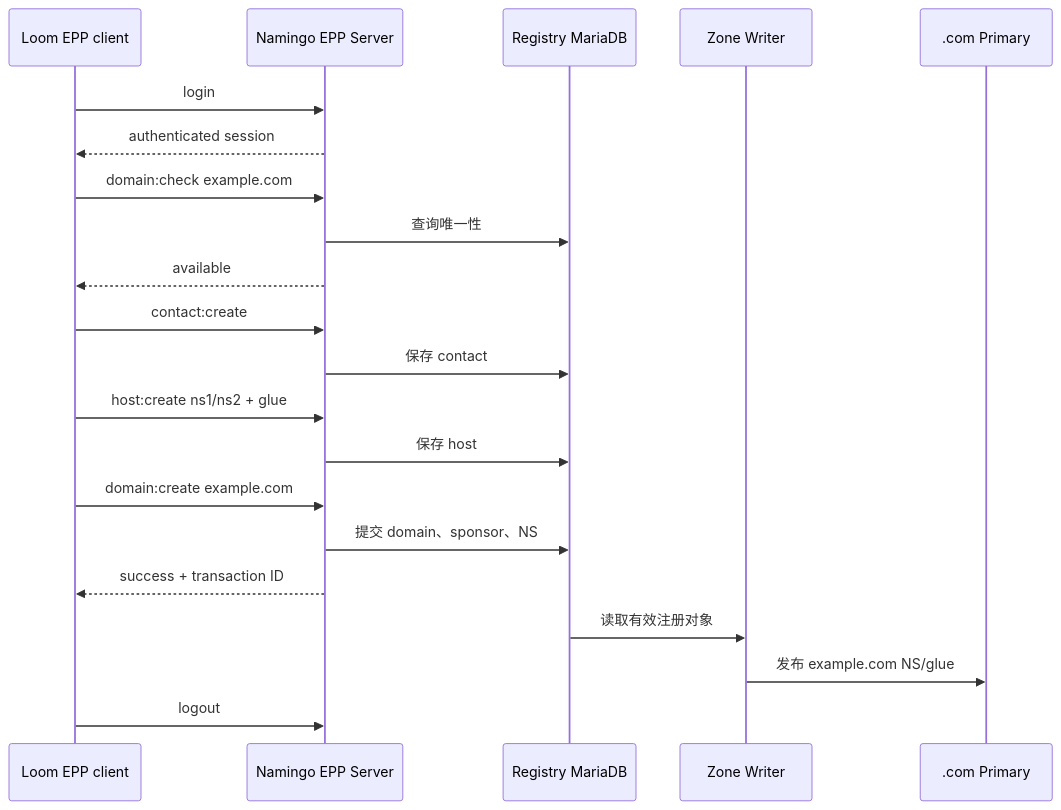
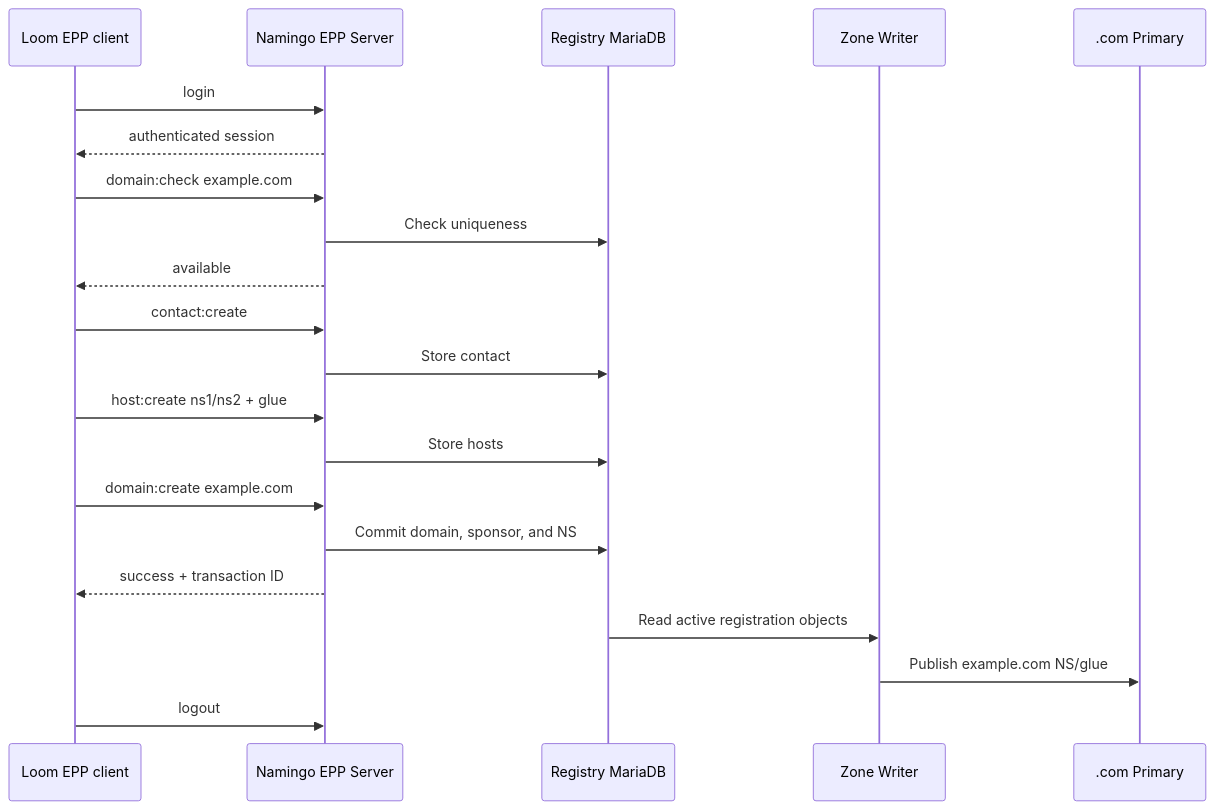
Before and after one commit to hhy123415/seedemu-agent-tools: the second of 3 diagrams in tool-service/seedemu_tool_service/tools/dns/docs/NamingoRegistry.md, drawn with Mermaid. The commit also changed other lines of this file and 4 other files, not shown here.

````diff
--- a/tool-service/seedemu_tool_service/tools/dns/docs/NamingoRegistry.md
+++ b/tool-service/seedemu_tool_service/tools/dns/docs/NamingoRegistry.md
@@ -38,24 +36,24 @@
 ```mermaid
 sequenceDiagram
     participant L as Loom EPP client
     participant E as Namingo EPP Server
     participant D as Registry MariaDB
     participant Z as Zone Writer
     participant P as .com Primary
 
     L->>E: login
     E-->>L: authenticated session
     L->>E: domain:check example.com
-    E->>D: 查询唯一性
+    E->>D: Check uniqueness
     E-->>L: available
     L->>E: contact:create
-    E->>D: 保存 contact
+    E->>D: Store contact
     L->>E: host:create ns1/ns2 + glue
-    E->>D: 保存 host
+    E->>D: Store hosts
     L->>E: domain:create example.com
-    E->>D: 提交 domain、sponsor、NS
+    E->>D: Commit domain, sponsor, and NS
     E-->>L: success + transaction ID
-    D->>Z: 读取有效注册对象
-    Z->>P: 发布 example.com NS/glue
+    D->>Z: Read active registration objects
+    Z->>P: Publish example.com NS/glue
     L->>E: logout
 ```
````
